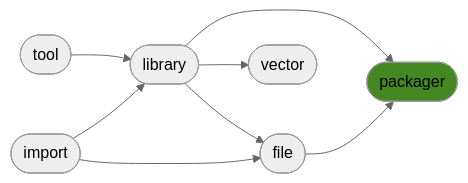
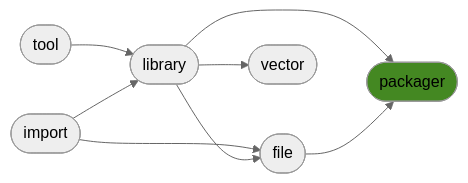
One commit to ManderaGeneral/generalpackager changed the diagram in README.md. Above: the diagram before and after it, drawn with Mermaid (neutral theme). The commit also changed other lines of this file and 4 other files, not shown here.

````diff
--- a/README.md
+++ b/README.md
@@ -24,17 +24,17 @@
 ```mermaid
 flowchart LR
 2([library]) --> 5([packager])
-3([file]) --> 5([packager])
 1([tool]) --> 2([library])
-0([import]) --> 2([library])
 0([import]) --> 3([file])
 2([library]) --> 4([vector])
 2([library]) --> 3([file])
+3([file]) --> 5([packager])
+0([import]) --> 2([library])
 click 0 "https://github.com/ManderaGeneral/generalimport"
 click 1 "https://github.com/ManderaGeneral/generaltool"
 click 2 "https://github.com/ManderaGeneral/generallibrary"
 click 3 "https://github.com/ManderaGeneral/generalfile"
 click 4 "https://github.com/ManderaGeneral/generalvector"
 click 5 "https://github.com/ManderaGeneral/generalpackager"
 style 5 fill:#482
 ```
````
